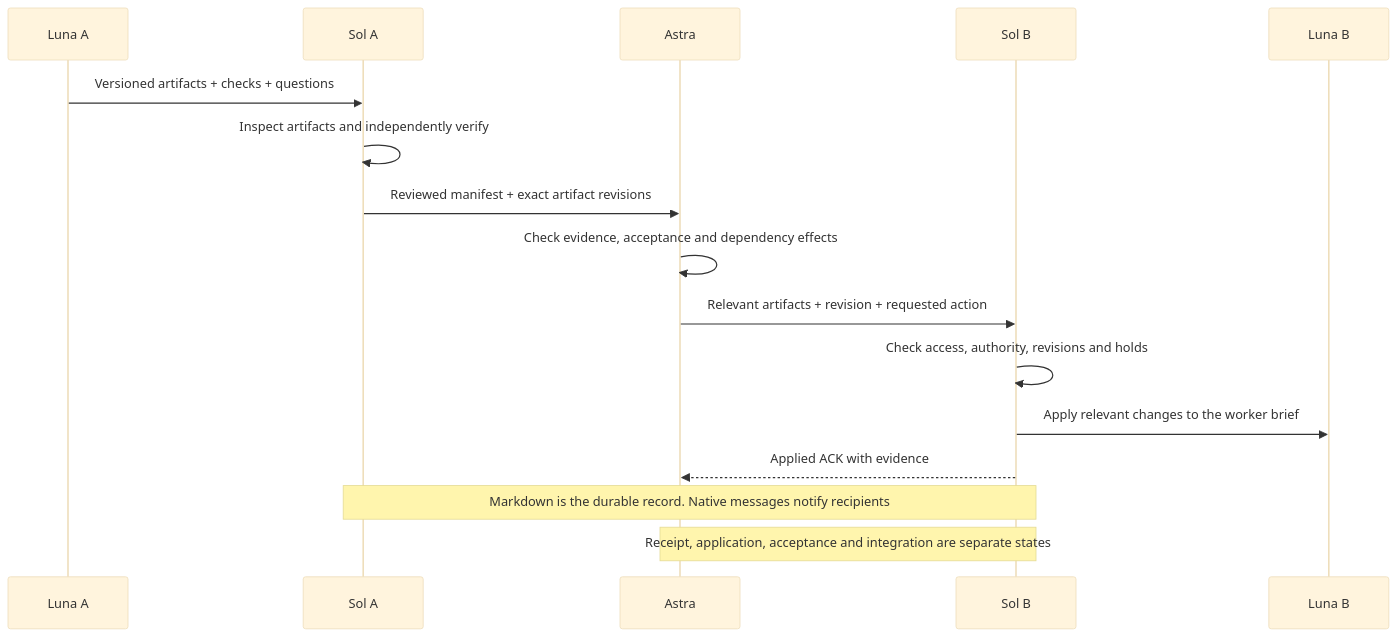
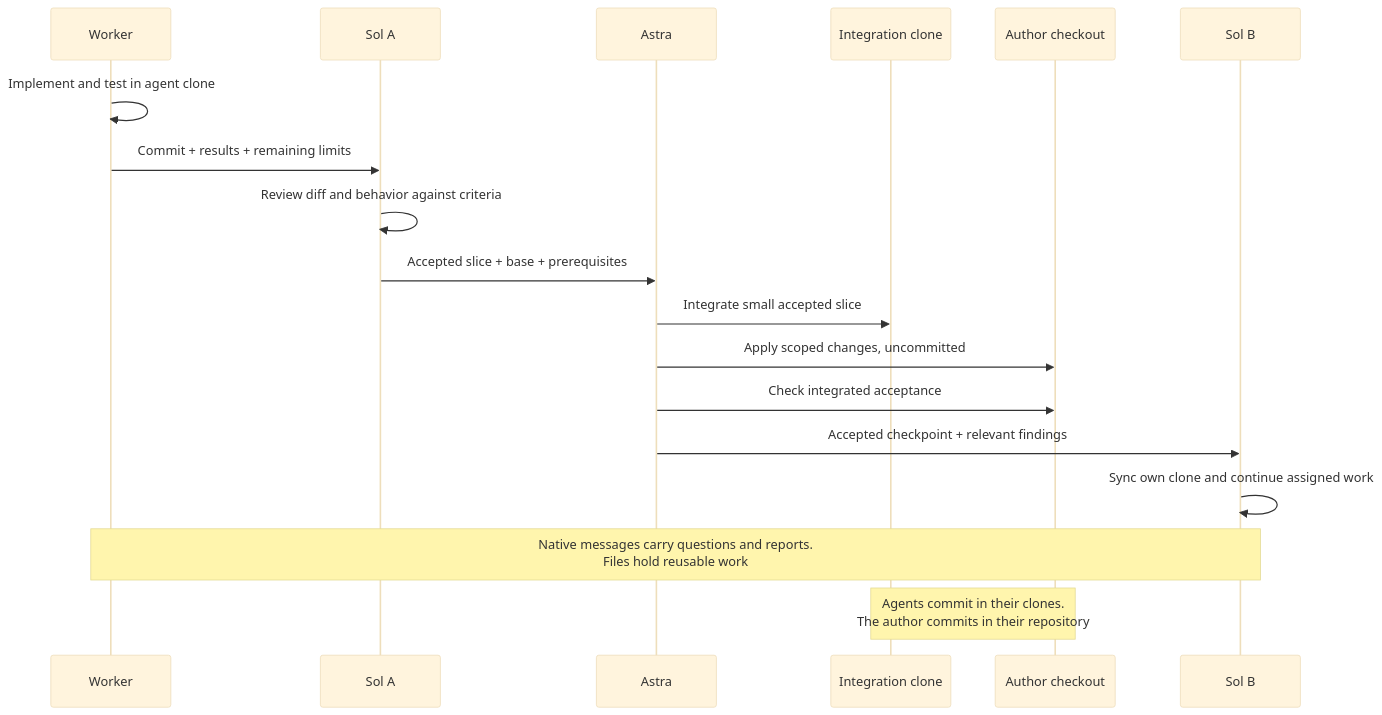
One commit to halkliff/halkliff-skills changed the third of 3 diagrams in docs/orchestrate-work.md. Above: the diagram before and after it, drawn with Mermaid (base theme). The commit also changed other lines of this file and 18 other files, not shown here.

````diff
--- a/docs/orchestrate-work.md
+++ b/docs/orchestrate-work.md
@@ -71,19 +78,21 @@
 ```mermaid
 sequenceDiagram
-    participant LA as Luna A
-    participant SA as Sol A
+    participant W as Worker
+    participant S as Sol A
     participant A as Astra
-    participant SB as Sol B
-    participant LB as Luna B
+    participant I as Integration clone
+    participant M as Author checkout
+    participant B as Sol B
 
-    LA->>SA: Versioned artifacts + checks + questions
-    SA->>SA: Inspect artifacts and independently verify
-    SA->>A: Reviewed manifest + exact artifact revisions
-    A->>A: Check evidence, acceptance and dependency effects
-    A->>SB: Relevant artifacts + revision + requested action
-    SB->>SB: Check access, authority, revisions and holds
-    SB->>LB: Apply relevant changes to the worker brief
-    SB-->>A: Applied ACK with evidence
-    Note over SA,SB: Markdown is the durable record. Native messages notify recipients
-    Note over A,SB: Receipt, application, acceptance and integration are separate states
+    W->>W: Implement and test in agent clone
+    W->>S: Commit + results + remaining limits
+    S->>S: Review diff and behavior against criteria
+    S->>A: Accepted slice + base + prerequisites
+    A->>I: Integrate small accepted slice
+    A->>M: Apply scoped changes, uncommitted
+    A->>M: Check integrated acceptance
+    A->>B: Accepted checkpoint + relevant findings
+    B->>B: Sync own clone and continue assigned work
+    Note over W,B: Native messages carry questions and reports.<br/>Files hold reusable work
+    Note over I,M: Agents commit in their clones.<br/>The author commits in their repository
 ```
````
